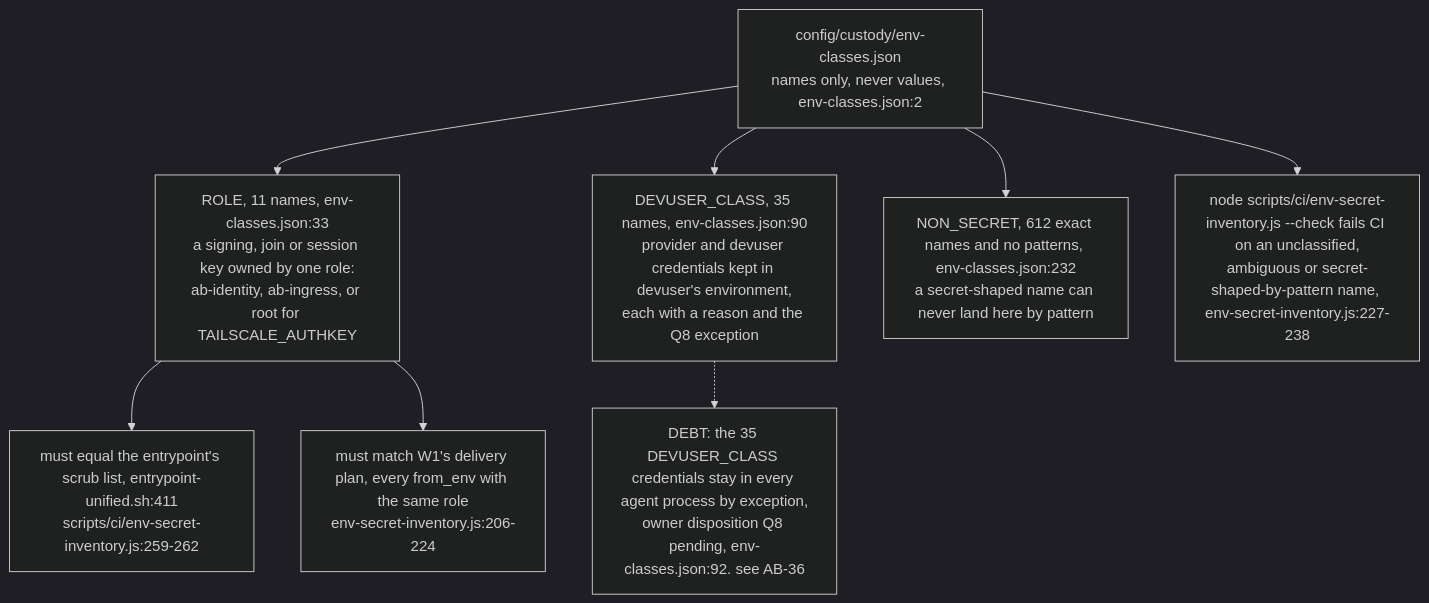
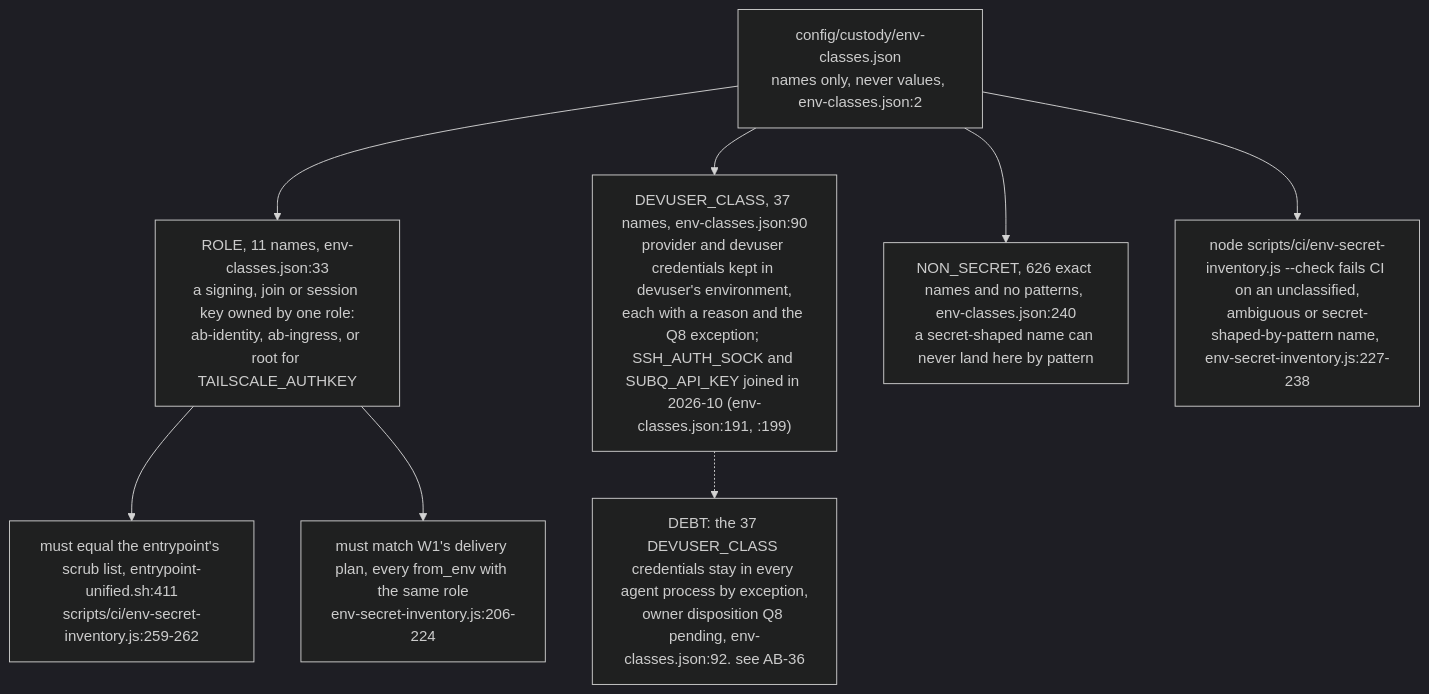
One commit to DreamLab-AI/VisionFlow changed diagram 14 of 14 in docs/diagrams/agentbox/16-secrets-custody-seccomp-profiles.md. Above: the diagram before and after it, drawn with Mermaid (dark theme). The commit also changed other lines of this file and 80 other files, not shown here.

First line of the commit message:
docs(diagrams): re-verify the agentbox, dreamlab, estate and visionflow corpus against current sources

````diff
--- a/docs/diagrams/agentbox/16-secrets-custody-seccomp-profiles.md
+++ b/docs/diagrams/agentbox/16-secrets-custody-seccomp-profiles.md
@@ -506,11 +506,11 @@
 ```mermaid
 flowchart TB
     T["config/custody/env-classes.json<br/>names only, never values, env-classes.json:2"]
     T --> ROLE["ROLE, 11 names, env-classes.json:33<br/>a signing, join or session key owned by one role:<br/>ab-identity, ab-ingress, or root for TAILSCALE_AUTHKEY"]
-    T --> DEV["DEVUSER_CLASS, 35 names, env-classes.json:90<br/>provider and devuser credentials kept in devuser's environment,<br/>each with a reason and the Q8 exception"]
-    T --> NS["NON_SECRET, 612 exact names and no patterns, env-classes.json:232<br/>a secret-shaped name can never land here by pattern"]
+    T --> DEV["DEVUSER_CLASS, 37 names, env-classes.json:90<br/>provider and devuser credentials kept in devuser's environment,<br/>each with a reason and the Q8 exception; SSH_AUTH_SOCK and SUBQ_API_KEY joined in 2026-10 (env-classes.json:191, :199)"]
+    T --> NS["NON_SECRET, 626 exact names and no patterns, env-classes.json:240<br/>a secret-shaped name can never land here by pattern"]
     ROLE --> EP["must equal the entrypoint's scrub list, entrypoint-unified.sh:411<br/>scripts/ci/env-secret-inventory.js:259-262"]
     ROLE --> W1["must match W1's delivery plan, every from_env with the same role<br/>env-secret-inventory.js:206-224"]
     T --> CHK["node scripts/ci/env-secret-inventory.js --check fails CI on an unclassified,<br/>ambiguous or secret-shaped-by-pattern name, env-secret-inventory.js:227-238"]
-    DEV -.-> DEBT["DEBT: the 35 DEVUSER_CLASS credentials stay in every agent process by exception,<br/>owner disposition Q8 pending, env-classes.json:92. see AB-36"]
+    DEV -.-> DEBT["DEBT: the 37 DEVUSER_CLASS credentials stay in every agent process by exception,<br/>owner disposition Q8 pending, env-classes.json:92. see AB-36"]
 ```
````
